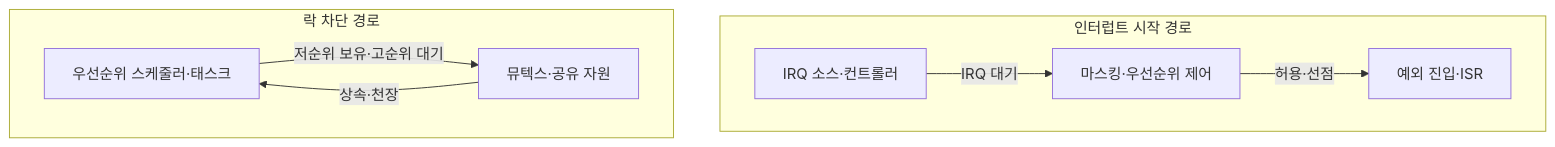
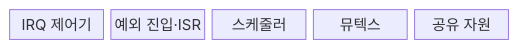
Before and after one commit to agnusdei1207/knowledge-base: the first of 2 diagrams in src/content/docs/notes/02-hardware/063_interrupt_latency_priority_inversion.md, drawn with Mermaid. The commit also changed other lines of this file and 20 other files, not shown here.

````diff
--- a/src/content/docs/notes/02-hardware/063_interrupt_latency_priority_inversion.md
+++ b/src/content/docs/notes/02-hardware/063_interrupt_latency_priority_inversion.md
@@ -63,11 +61,9 @@
 ```mermaid
-flowchart TB
-    subgraph I["인터럽트 시작 경로"]
-        Q["IRQ 소스·컨트롤러"] -->|"IRQ 대기"| K["마스킹·우선순위 제어"]
-        K -->|"허용·선점"| E["예외 진입·ISR"]
-    end
-    subgraph P["락 차단 경로"]
-        S["우선순위 스케줄러·태스크"] -->|"저순위 보유·고순위 대기"| L["뮤텍스·공유 자원"]
-        L -->|"상속·천장"| S
-    end
+block
+  columns 5
+  A["IRQ 제어기"]
+  B["예외 진입·ISR"]
+  C["스케줄러"]
+  D["뮤텍스"]
+  E["공유 자원"]
 ```
````
